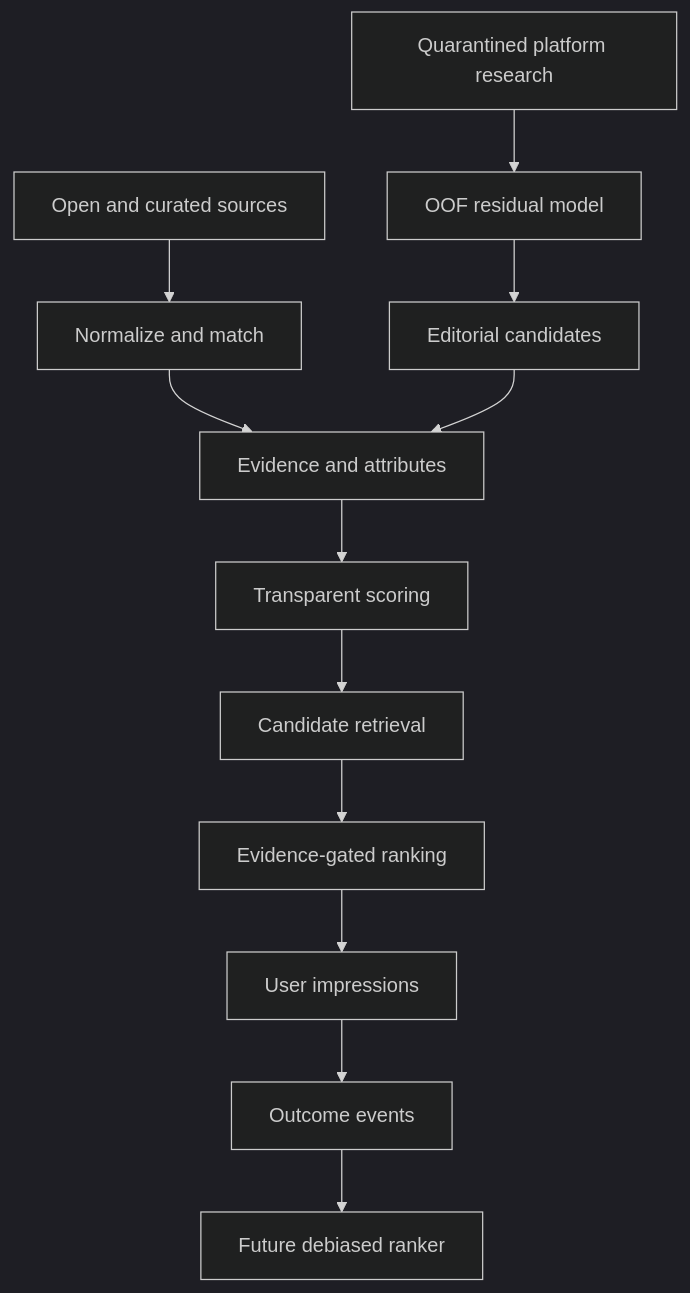
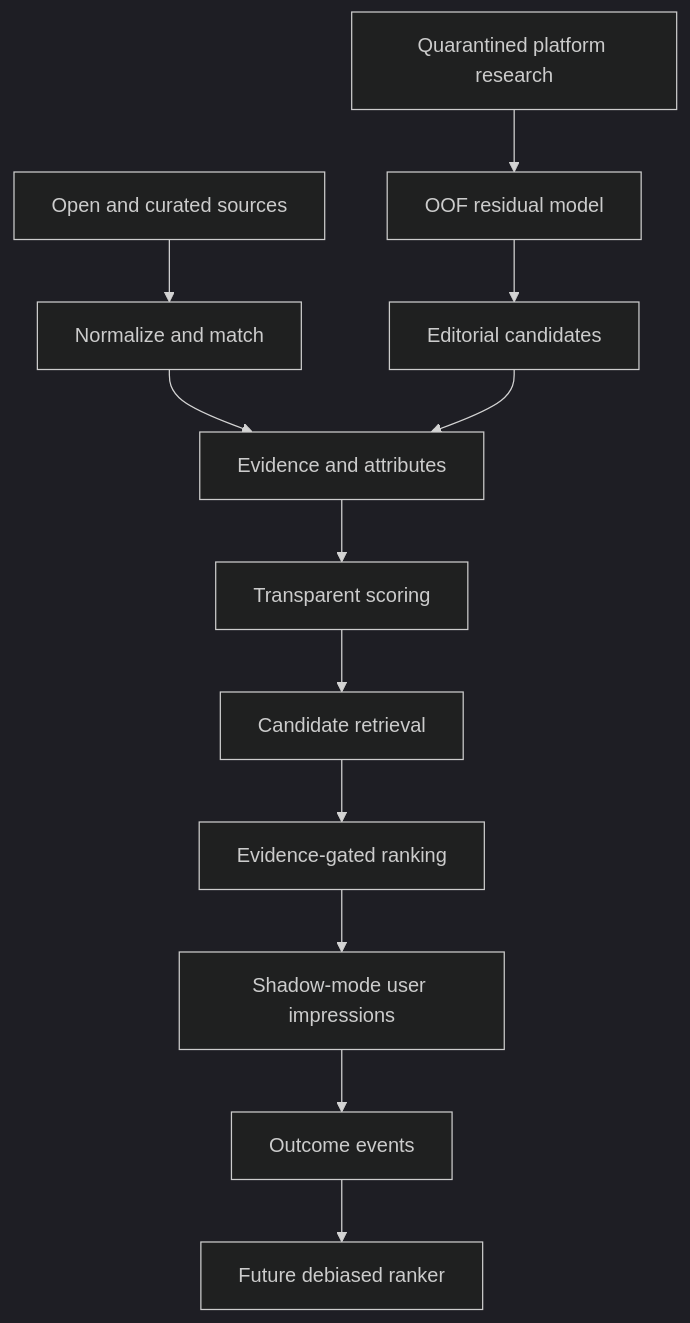
The diagram in docs/ml/README.md (tompat1/motkarta), drawn with Mermaid (dark theme) before and after one commit. The commit also changed other lines of this file and 16 other files, not shown here.

````diff
--- a/docs/ml/README.md
+++ b/docs/ml/README.md
@@ -69,14 +69,14 @@
 ```mermaid
 flowchart TD
     A[Open and curated sources] --> B[Normalize and match]
     B --> C[Evidence and attributes]
     C --> D[Transparent scoring]
     D --> E[Candidate retrieval]
     E --> F[Evidence-gated ranking]
-    F --> G[User impressions]
+    F --> G[Shadow-mode user impressions]
     G --> H[Outcome events]
     H --> I[Future debiased ranker]
     J[Quarantined platform research] --> K[OOF residual model]
     K --> L[Editorial candidates]
     L --> C
 ```
````
